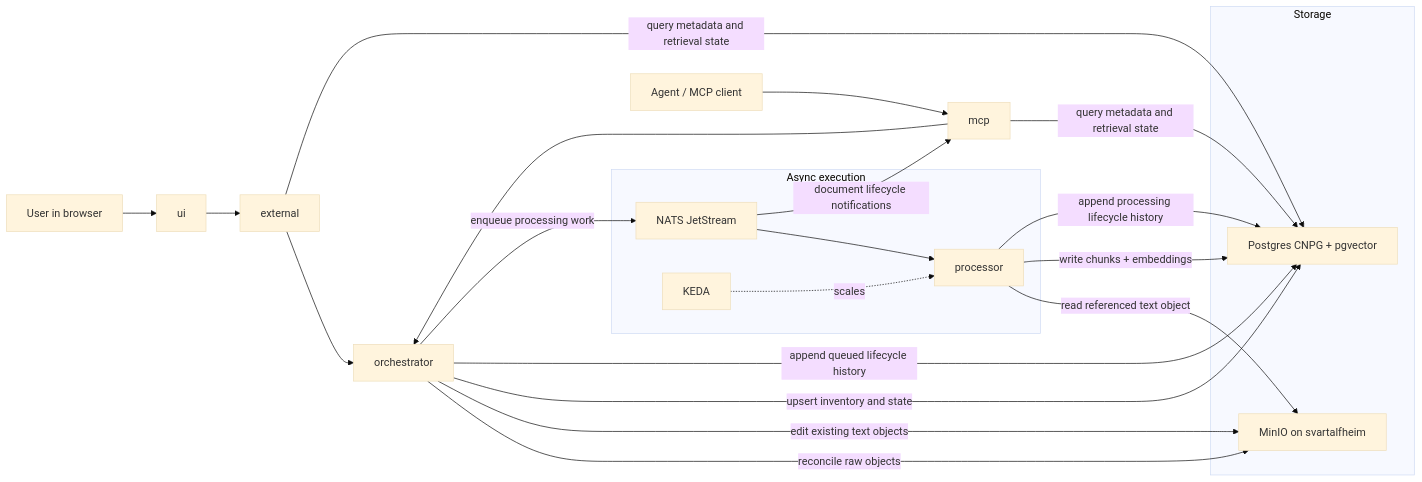
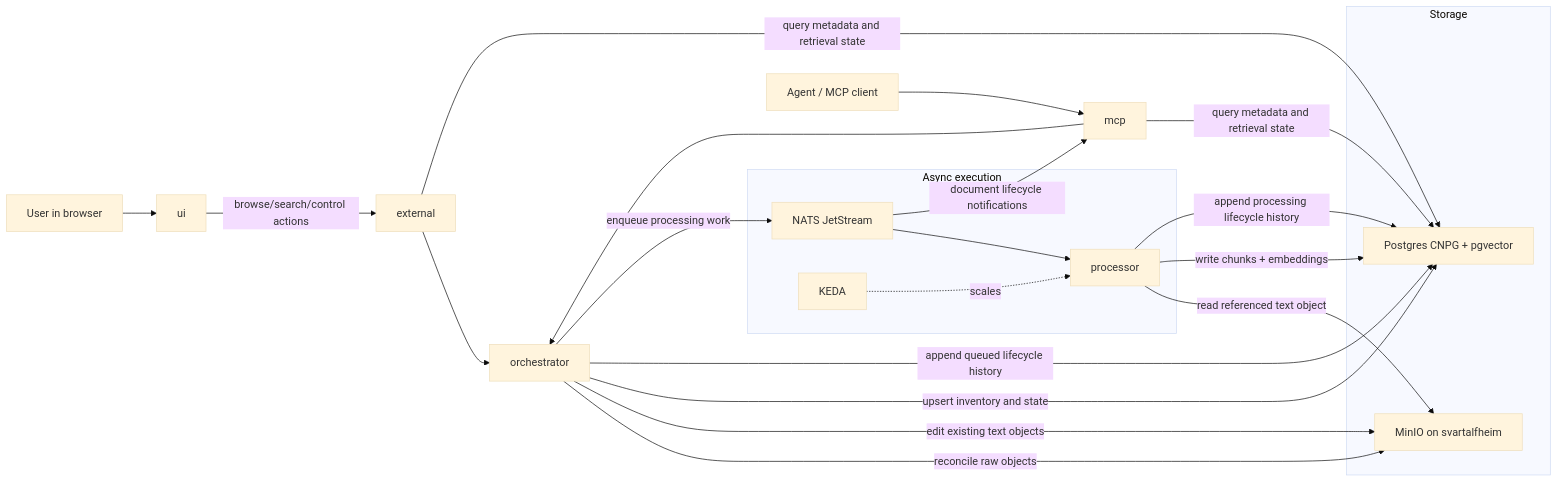
Before and after one commit to labiraus/homelab: the diagram in docs/RAG.md, drawn with Mermaid (base theme). The commit also changed other lines of this file and 13 other files, not shown here.

````diff
--- a/docs/RAG.md
+++ b/docs/RAG.md
@@ -36,35 +38,35 @@
 ```mermaid
 flowchart LR
   U[User in browser] --> UI[ui]
-  UI --> EXT[external]
+  UI -->|browse/search/control actions| EXT[external]
   A[Agent / MCP client] --> MCP[mcp]
 
   EXT --> ORCH[orchestrator]
   MCP --> ORCH
 
   subgraph Storage
     MINIO[MinIO on svartalfheim]
     PG[Postgres CNPG + pgvector]
   end
 
   subgraph Async execution
     NATS[NATS JetStream]
     PROC[processor]
     KEDA[KEDA]
   end
 
   ORCH -->|reconcile raw objects| MINIO
   ORCH -->|edit existing text objects| MINIO
   ORCH -->|upsert inventory and state| PG
   ORCH -->|append queued lifecycle history| PG
   ORCH -->|enqueue processing work| NATS
   NATS --> PROC
   NATS -->|document lifecycle notifications| MCP
   KEDA -. scales .-> PROC
   PROC -->|read referenced text object| MINIO
   PROC -->|write chunks + embeddings| PG
   PROC -->|append processing lifecycle history| PG
 
   EXT -->|query metadata and retrieval state| PG
   MCP -->|query metadata and retrieval state| PG
 ```
````
